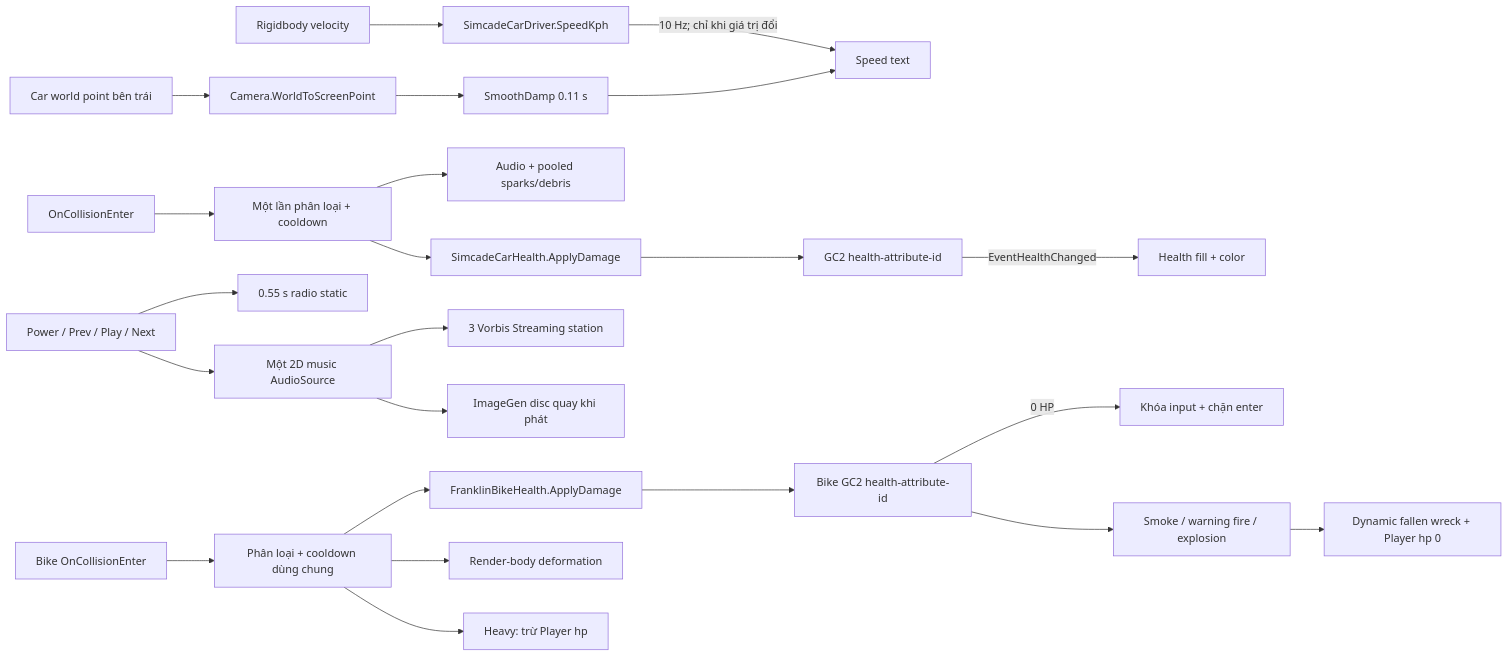
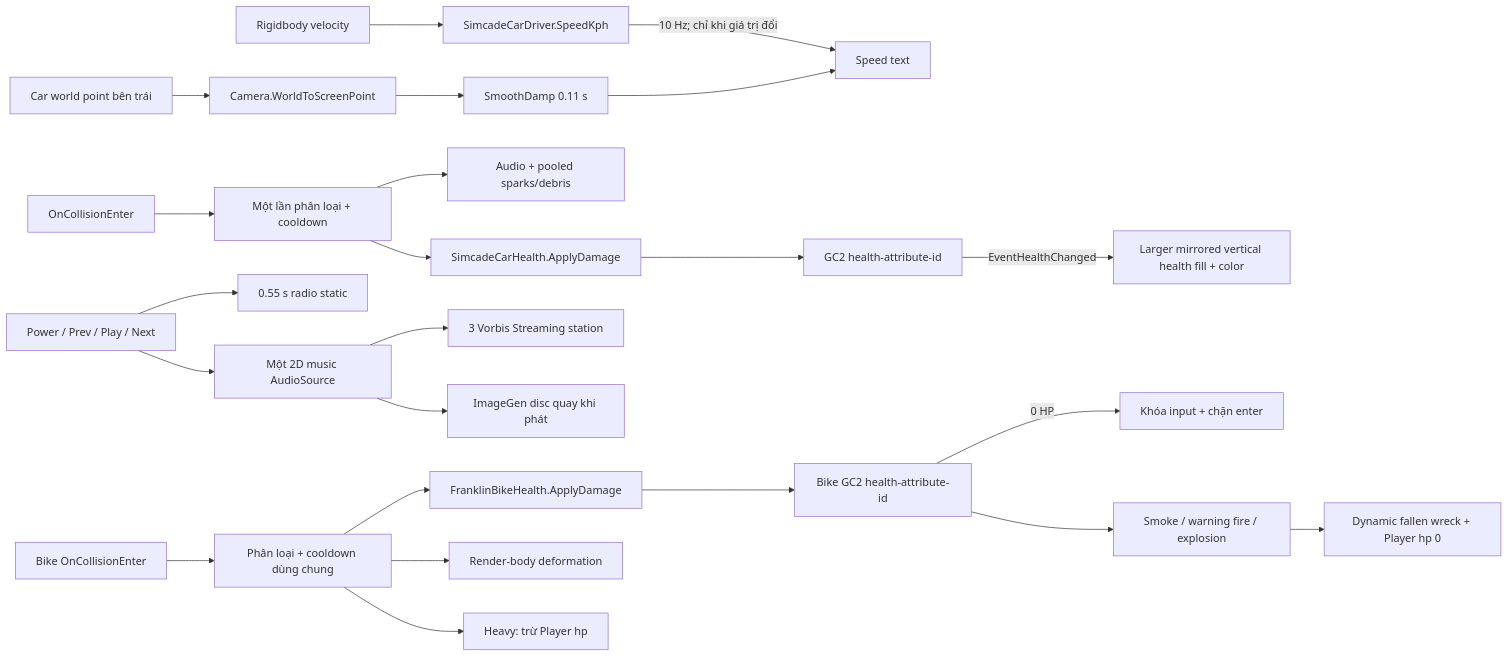
Before and after one commit to diepquocphong/AnonymousCrime: the second of 4 diagrams in Assets/Ash Assets/Vehicle Integration/README.md, drawn with Mermaid. The commit also changed other lines of this file and 94 other files, not shown here.

````diff
--- a/Assets/Ash Assets/Vehicle Integration/README.md
+++ b/Assets/Ash Assets/Vehicle Integration/README.md
@@ -362,25 +387,25 @@
 ```mermaid
 flowchart LR
     Rigidbody["Rigidbody velocity"] --> DriverSpeed["SimcadeCarDriver.SpeedKph"]
     DriverSpeed -->|"10 Hz; chỉ khi giá trị đổi"| SpeedText["Speed text"]
     CarWorld["Car world point bên trái"] --> Project["Camera.WorldToScreenPoint"]
     Project --> Smooth["SmoothDamp 0.11 s"]
     Smooth --> SpeedText
     Collision["OnCollisionEnter"] --> Impact["Một lần phân loại + cooldown"]
     Impact --> SoundFx["Audio + pooled sparks/debris"]
     Impact --> Damage["SimcadeCarHealth.ApplyDamage"]
     Damage --> GC2["GC2 health-attribute-id"]
-    GC2 -->|"EventHealthChanged"| HealthBar["Health fill + color"]
+    GC2 -->|"EventHealthChanged"| HealthBar["Larger mirrored vertical health fill + color"]
     RadioButtons["Power / Prev / Play / Next"] --> Tune["0.55 s radio static"]
     RadioButtons --> RadioSource["Một 2D music AudioSource"]
     RadioSource --> Stream["3 Vorbis Streaming station"]
     RadioSource --> Disc["ImageGen disc quay khi phát"]
     BikeCollision["Bike OnCollisionEnter"] --> BikeImpact["Phân loại + cooldown dùng chung"]
     BikeImpact --> BikeDamage["FranklinBikeHealth.ApplyDamage"]
     BikeDamage --> BikeGC2["Bike GC2 health-attribute-id"]
     BikeGC2 -->|"0 HP"| BikeDisable["Khóa input + chặn enter"]
     BikeImpact --> BikeDent["Render-body deformation"]
     BikeImpact --> BikePlayer["Heavy: trừ Player hp"]
     BikeGC2 --> BikeVfx["Smoke / warning fire / explosion"]
     BikeVfx --> BikeWreck["Dynamic fallen wreck + Player hp 0"]
 ```
````
